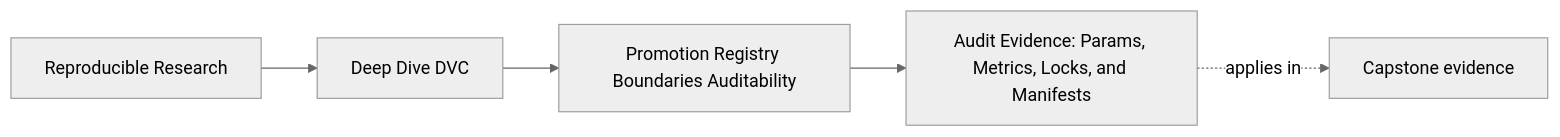
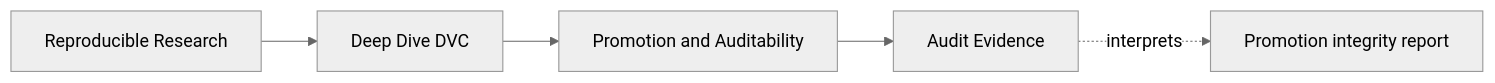
The first of 5 diagrams in programs/reproducible-research/deep-dive-dvc/course-book/module-09-promotion-registry-boundaries-auditability/audit-evidence-params-metrics-locks-manifests.md (bijux/bijux-masterclass), drawn with Mermaid (neutral theme) before and after one commit. The commit also changed other lines of this file, not shown here.

Commit message:
docs(dvc): connect release claims to audit evidence

````diff
--- a/programs/reproducible-research/deep-dive-dvc/course-book/module-09-promotion-registry-boundaries-auditability/audit-evidence-params-metrics-locks-manifests.md
+++ b/programs/reproducible-research/deep-dive-dvc/course-book/module-09-promotion-registry-boundaries-auditability/audit-evidence-params-metrics-locks-manifests.md
@@ -7,11 +5,11 @@
 ```mermaid
 graph LR
   family["Reproducible Research"]
   program["Deep Dive DVC"]
-  section["Promotion Registry Boundaries Auditability"]
-  page["Audit Evidence: Params, Metrics, Locks, and Manifests"]
-  capstone["Capstone evidence"]
+  section["Promotion and Auditability"]
+  page["Audit Evidence"]
+  evidence["Promotion integrity report"]
 
   family --> program --> section --> page
-  page -.applies in.-> capstone
+  page -.interprets.-> evidence
 ```
````
